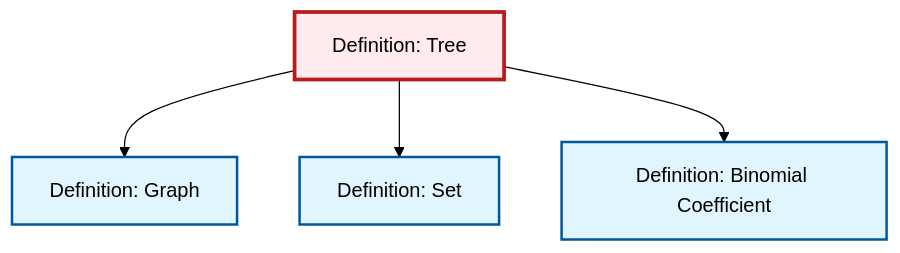
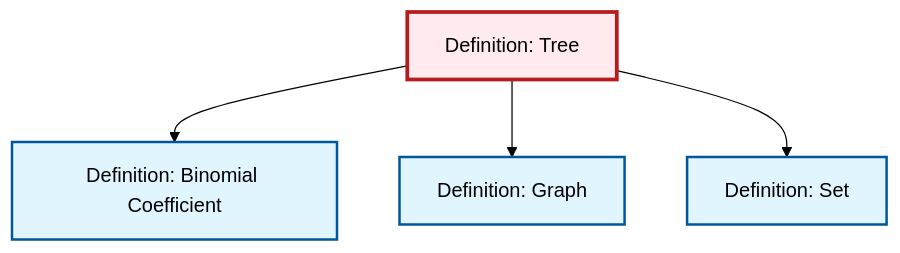
The diagram in content/ja/combinatorics/def-tree.qmd (RK0429/ModernMath), drawn with Mermaid (forest theme) before and after one commit. The commit also changed other lines of this file and 634 other files, not shown here.

````diff
--- a/content/ja/combinatorics/def-tree.qmd
+++ b/content/ja/combinatorics/def-tree.qmd
@@ -137,20 +137,20 @@
 ```{mermaid}
 %%| fig-cap: "Local dependency graph"
 graph TD
     classDef definition fill:#e1f5fe,stroke:#01579b,stroke-width:2px
     classDef theorem fill:#f3e5f5,stroke:#4a148c,stroke-width:2px
     classDef axiom fill:#fff3e0,stroke:#e65100,stroke-width:2px
     classDef example fill:#e8f5e9,stroke:#1b5e20,stroke-width:2px
     classDef current fill:#ffebee,stroke:#b71c1c,stroke-width:3px
+    def-graph["Definition: Graph"]:::definition
     def-binomial-coefficient["Definition: Binomial Coefficient"]:::definition
-    def-graph["Definition: Graph"]:::definition
     def-tree["Definition: Tree"]:::definition
     def-set["Definition: Set"]:::definition
+    def-tree --> def-binomial-coefficient
     def-tree --> def-graph
     def-tree --> def-set
-    def-tree --> def-binomial-coefficient
     class def-tree current
+    click def-graph "def-graph.html" "Definition: Graphへ"
     click def-binomial-coefficient "def-binomial-coefficient.html" "Definition: Binomial Coefficientへ"
-    click def-graph "def-graph.html" "Definition: Graphへ"
     click def-set "def-set.html" "Definition: Setへ"
 ```
````
